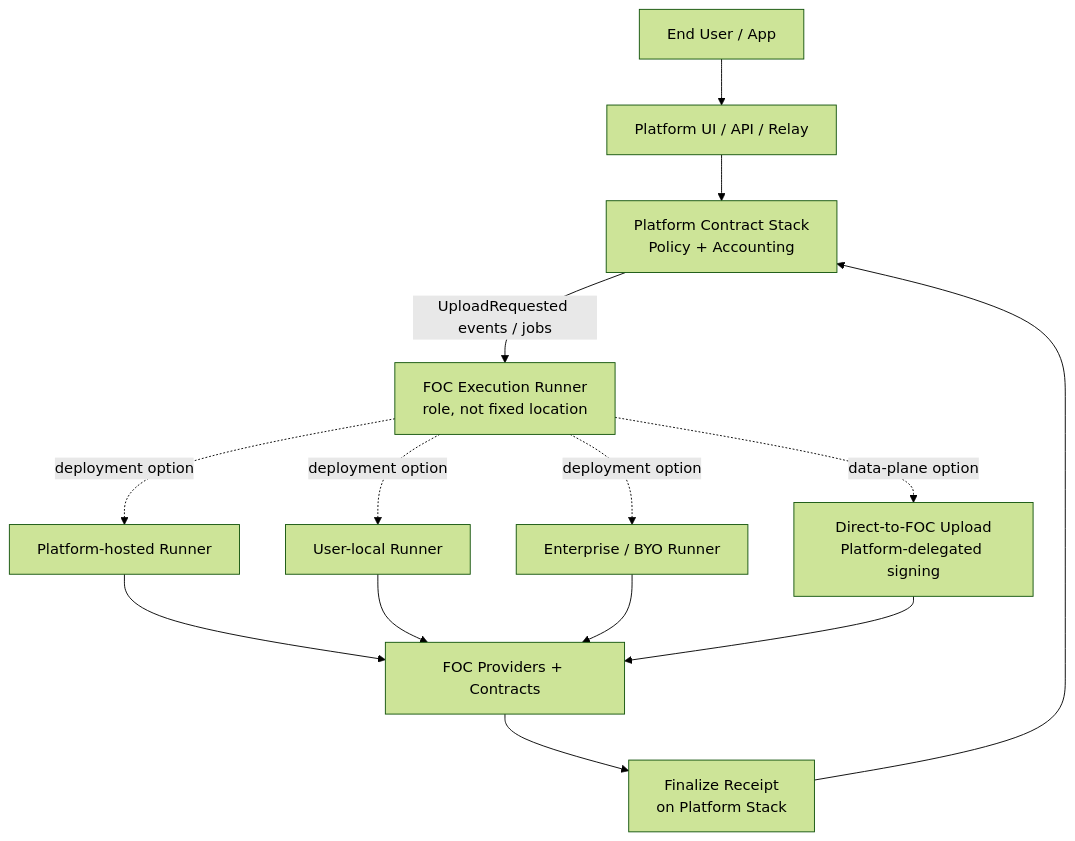
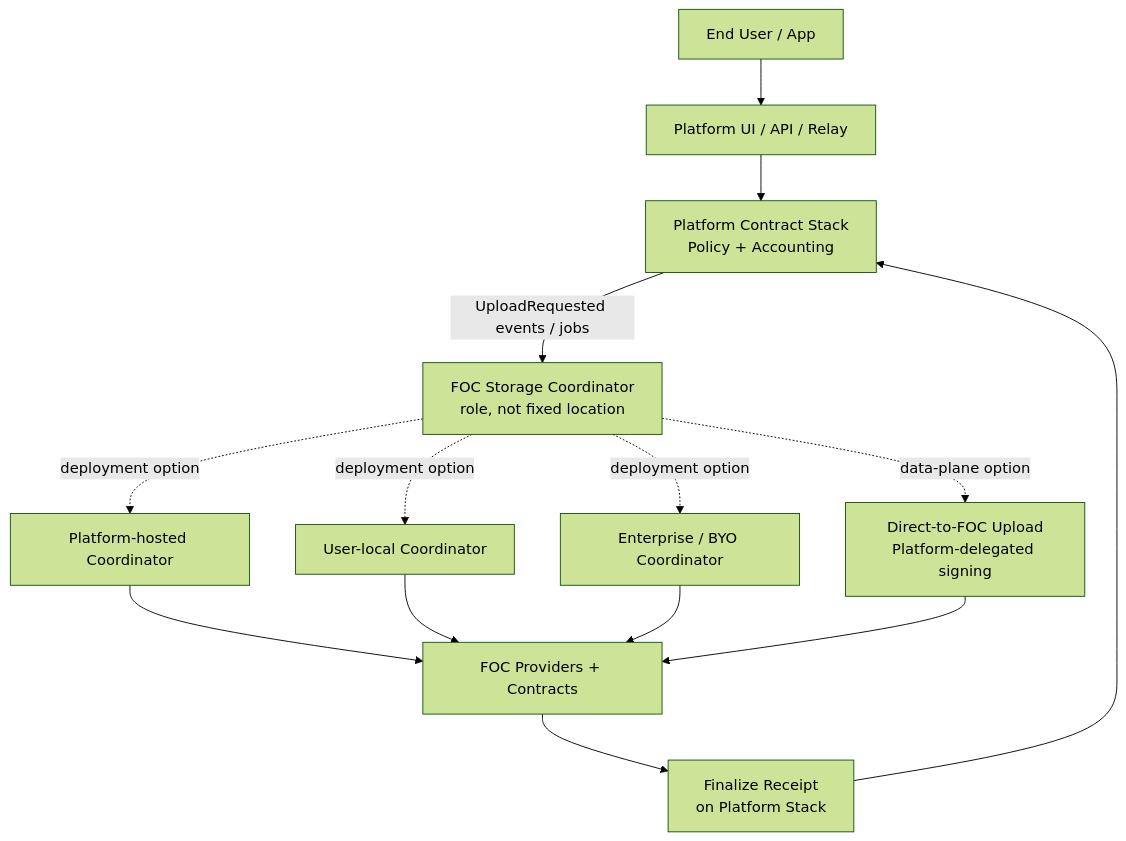
The second of 20 diagrams in spec.md (FIL-Builders/foc-platform), drawn with Mermaid (forest theme) before and after one commit. The commit also changed other lines of this file, not shown here.

Commit message:
Replace runner terminology with coordinator

````diff
--- a/spec.md
+++ b/spec.md
@@ -139,30 +139,30 @@
 ```mermaid
 flowchart TD
   user["End User / App"]
   api["Platform UI / API / Relay"]
   contracts["Platform Contract Stack<br/>Policy + Accounting"]
-  runnerRole["FOC Execution Runner<br/>role, not fixed location"]
-  hosted["Platform-hosted Runner"]
-  local["User-local Runner"]
-  enterprise["Enterprise / BYO Runner"]
+  coordinatorRole["FOC Storage Coordinator<br/>role, not fixed location"]
+  hosted["Platform-hosted Coordinator"]
+  local["User-local Coordinator"]
+  enterprise["Enterprise / BYO Coordinator"]
   direct["Direct-to-FOC Upload<br/>Platform-delegated signing"]
   foc["FOC Providers + Contracts"]
   receipt["Finalize Receipt<br/>on Platform Stack"]
 
   user --> api
   api --> contracts
-  contracts -->|"UploadRequested events / jobs"| runnerRole
+  contracts -->|"UploadRequested events / jobs"| coordinatorRole
 
-  runnerRole -. "deployment option" .-> hosted
-  runnerRole -. "deployment option" .-> local
-  runnerRole -. "deployment option" .-> enterprise
-  runnerRole -. "data-plane option" .-> direct
+  coordinatorRole -. "deployment option" .-> hosted
+  coordinatorRole -. "deployment option" .-> local
+  coordinatorRole -. "deployment option" .-> enterprise
+  coordinatorRole -. "data-plane option" .-> direct
 
   hosted --> foc
   local --> foc
   enterprise --> foc
   direct --> foc
 
   foc --> receipt
   receipt --> contracts
 ```
````
